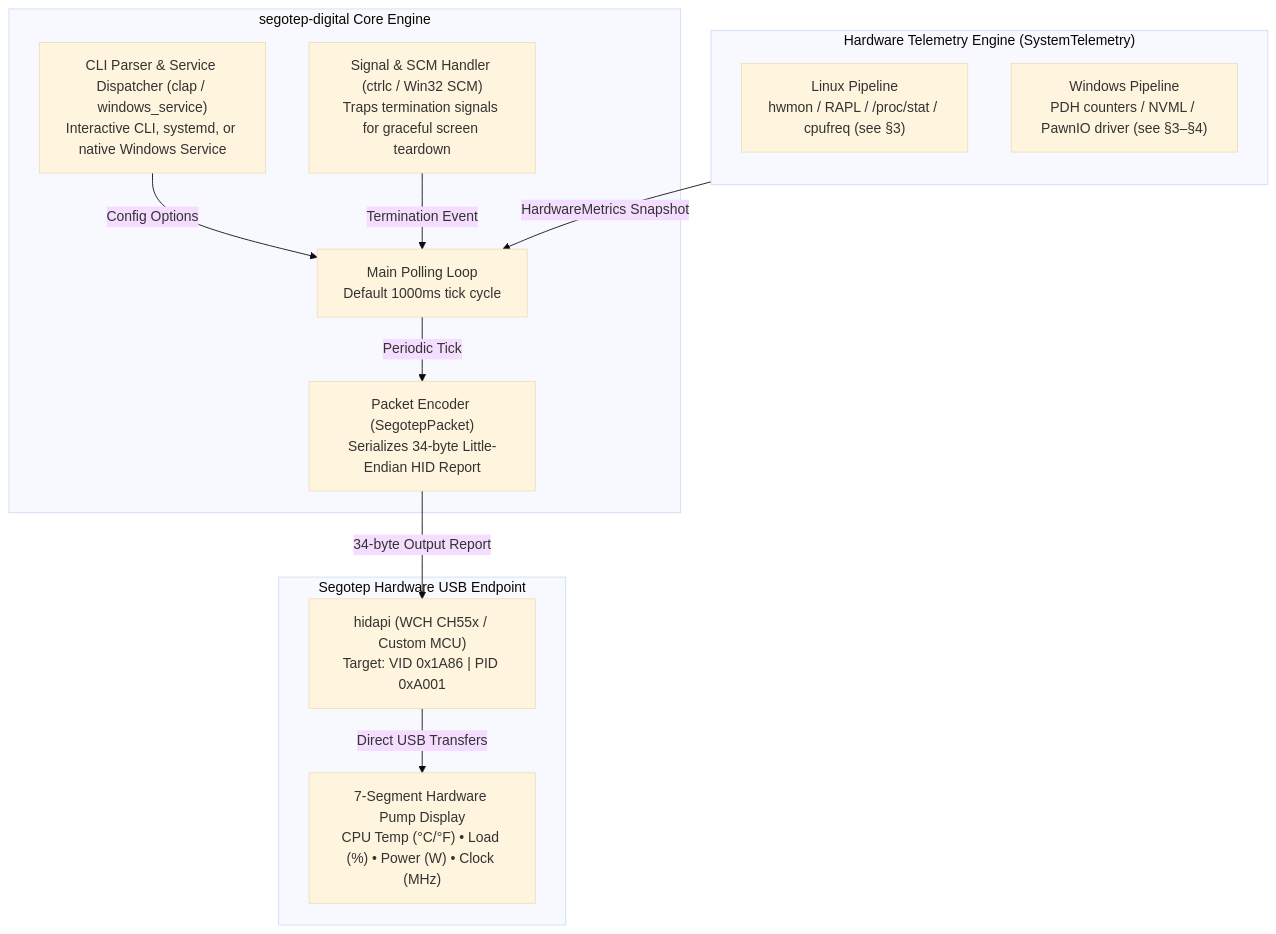
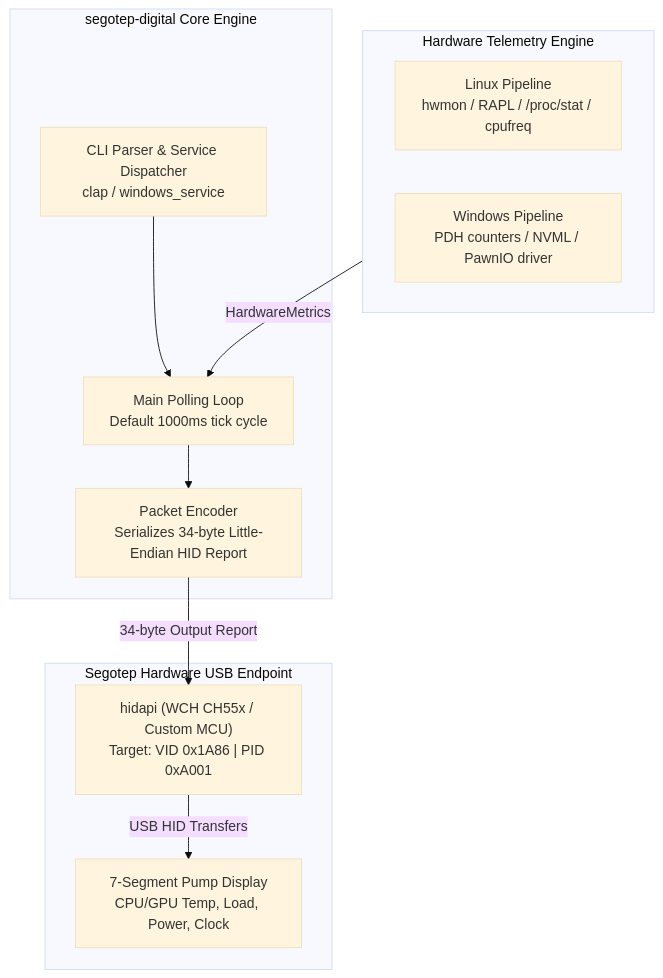
The diagram in docs/architecture.md (Delnegend/segotep-digital), drawn with Mermaid (base theme) before and after one commit. The commit also changed other lines of this file and 2 other files, not shown here.

````diff
--- a/docs/architecture.md
+++ b/docs/architecture.md
@@ -11,27 +9,24 @@
 ```mermaid
 flowchart TB
     subgraph CoreDaemon["segotep-digital Core Engine"]
-        CLI["CLI Parser & Service Dispatcher (clap / windows_service)<br/>Interactive CLI, systemd, or native Windows Service"]
-        SIG["Signal & SCM Handler (ctrlc / Win32 SCM)<br/>Traps termination signals for graceful screen teardown"]
+        CLI["CLI Parser & Service Dispatcher<br/>clap / windows_service"]
         LOOP["Main Polling Loop<br/>Default 1000ms tick cycle"]
-        PACKET["Packet Encoder (SegotepPacket)<br/>Serializes 34-byte Little-Endian HID Report"]
+        PACKET["Packet Encoder<br/>Serializes 34-byte Little-Endian HID Report"]
     end
 
-    subgraph TelemetrySubsystem["Hardware Telemetry Engine (SystemTelemetry)"]
-        direction TB
-        LINUX_SRC["Linux Pipeline<br/>hwmon / RAPL / /proc/stat / cpufreq (see §3)"]
-        WIN_SRC["Windows Pipeline<br/>PDH counters / NVML / PawnIO driver (see §3–§4)"]
+    subgraph TelemetrySubsystem["Hardware Telemetry Engine"]
+        LINUX_SRC["Linux Pipeline<br/>hwmon / RAPL / /proc/stat / cpufreq"]
+        WIN_SRC["Windows Pipeline<br/>PDH counters / NVML / PawnIO driver"]
     end
 
     subgraph HardwareLayer["Segotep Hardware USB Endpoint"]
         HID_API["hidapi (WCH CH55x / Custom MCU)<br/>Target: VID 0x1A86 | PID 0xA001"]
-        SCREEN["7-Segment Hardware Pump Display<br/>CPU Temp (°C/°F) • Load (%) • Power (W) • Clock (MHz)"]
+        SCREEN["7-Segment Pump Display<br/>CPU/GPU Temp, Load, Power, Clock"]
     end
 
-    CLI -->|Config Options| LOOP
-    SIG -->|Termination Event| LOOP
-    TelemetrySubsystem -->|HardwareMetrics Snapshot| LOOP
-    LOOP -->|Periodic Tick| PACKET
+    CLI --> LOOP
+    TelemetrySubsystem -->|HardwareMetrics| LOOP
+    LOOP --> PACKET
     PACKET -->|34-byte Output Report| HID_API
-    HID_API -->|Direct USB Transfers| SCREEN
+    HID_API -->|USB HID Transfers| SCREEN
 ```
````
